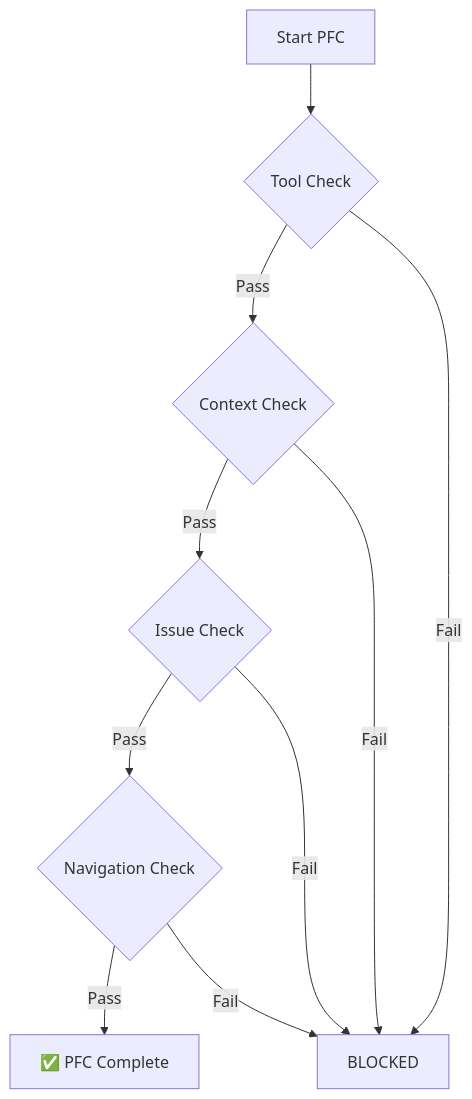
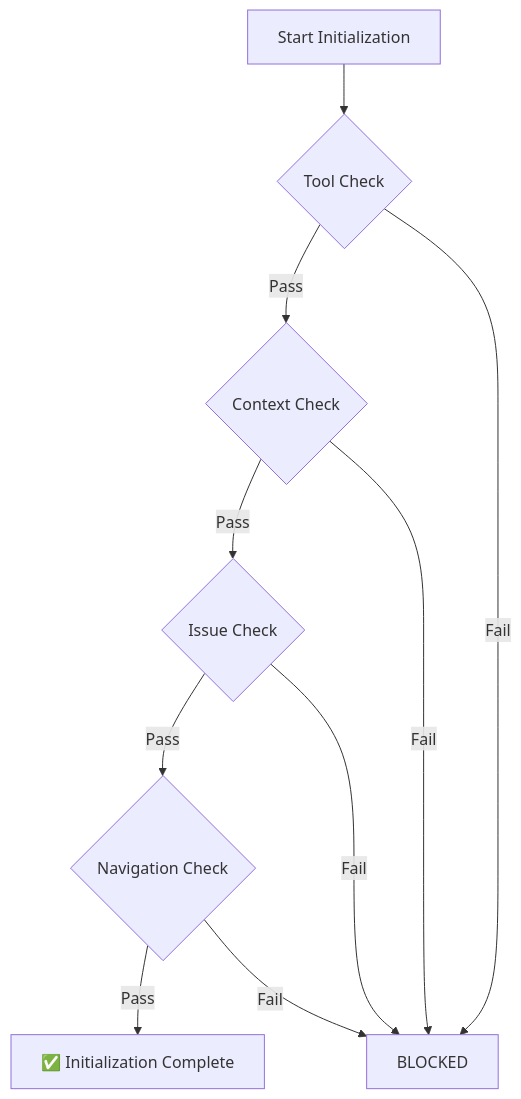
One commit to marcdhansen/dot-gemini changed the first of 2 diagrams in antigravity/skills/FlightDirector/SKILL.md. Above: the diagram before and after it, drawn with Mermaid. The commit also changed other lines of this file and 59 other files, not shown here.

````diff
--- a/antigravity/skills/FlightDirector/SKILL.md
+++ b/antigravity/skills/FlightDirector/SKILL.md
@@ -38,12 +38,12 @@
 ```mermaid
 graph TD
-    A[Start PFC] --> B{Tool Check}
+    A[Start Initialization] --> B{Tool Check}
     B -->|Pass| C{Context Check}
     B -->|Fail| X[BLOCKED]
     C -->|Pass| D{Issue Check}
     C -->|Fail| X
     D -->|Pass| E{Navigation Check}
     D -->|Fail| X
-    E -->|Pass| F[✅ PFC Complete]
+    E -->|Pass| F[✅ Initialization Complete]
     E -->|Fail| X
 ```
````
